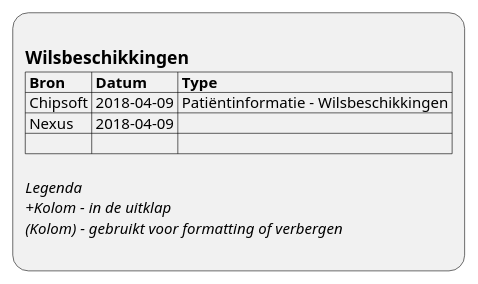
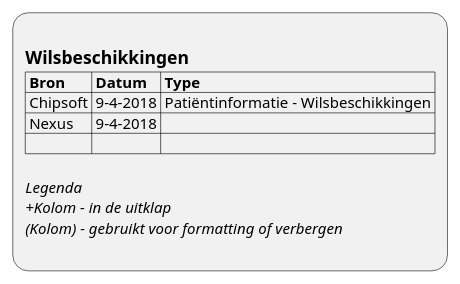
One commit to RIVO-Noord/zorgviewer-ig changed the diagram in input/images-source/ViewDefinition-Wilsbeschikkingen.plantuml. Above: the diagram before and after it, drawn with PlantUML. The commit also changed 14 other files, not shown here.

```diff
--- a/input/images-source/ViewDefinition-Wilsbeschikkingen.plantuml
+++ b/input/images-source/ViewDefinition-Wilsbeschikkingen.plantuml
@@ -1,13 +1,13 @@
 @startuml ViewDefinition-Wilsbeschikkingen
 :
 == Wilsbeschikkingen
 |= Bron |= Datum |= Type |
-| Chipsoft | 2018-04-09 | Patiëntinformatie - Wilsbeschikkingen |
-| Nexus | 2018-04-09 |  |
+| Chipsoft | 9-4-2018 | Patiëntinformatie - Wilsbeschikkingen |
+| Nexus | 9-4-2018 |  |
 | |
 
 //Legenda//
 //+Kolom - in de uitklap//
 //(Kolom) - gebruikt voor formatting of verbergen//
 ;
 @enduml
```
